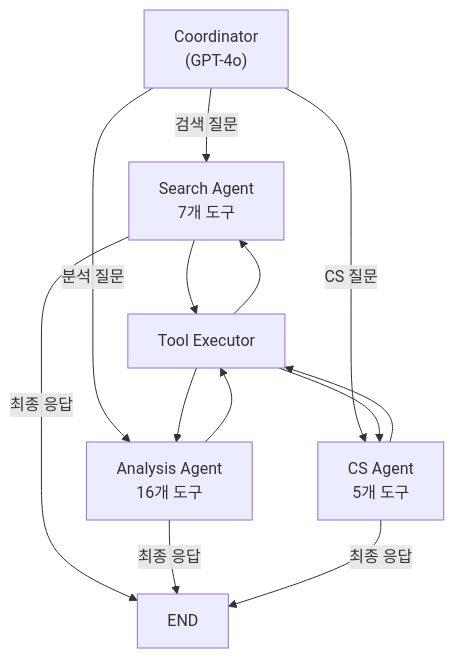
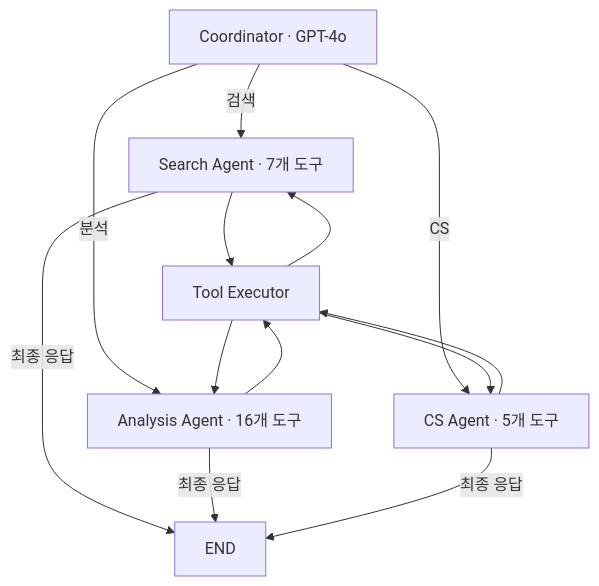
One commit to ASNGG/cafe24-demo changed the fourth of 14 diagrams in portfolio/PORTFOLIO.md. Above: the diagram before and after it, drawn with Mermaid. The commit also changed other lines of this file, not shown here.

First line of the commit message:
docs: PORTFOLIO.md 스타일 개선 및 Mermaid 다이어그램 최적화

````diff
--- a/portfolio/PORTFOLIO.md
+++ b/portfolio/PORTFOLIO.md
@@ -255,8 +314,8 @@
 ```mermaid
 flowchart TD
-    C["Coordinator<br/>(GPT-4o)"] -->|"검색 질문"| S["Search Agent<br/>7개 도구"]
-    C -->|"분석 질문"| A["Analysis Agent<br/>16개 도구"]
-    C -->|"CS 질문"| T["CS Agent<br/>5개 도구"]
+    C["Coordinator · GPT-4o"] -->|"검색"| S["Search Agent · 7개 도구"]
+    C -->|"분석"| A["Analysis Agent · 16개 도구"]
+    C -->|"CS"| T["CS Agent · 5개 도구"]
     S & A & T --> Tools["Tool Executor"]
     Tools --> S & A & T -->|"최종 응답"| END
 ```
````
